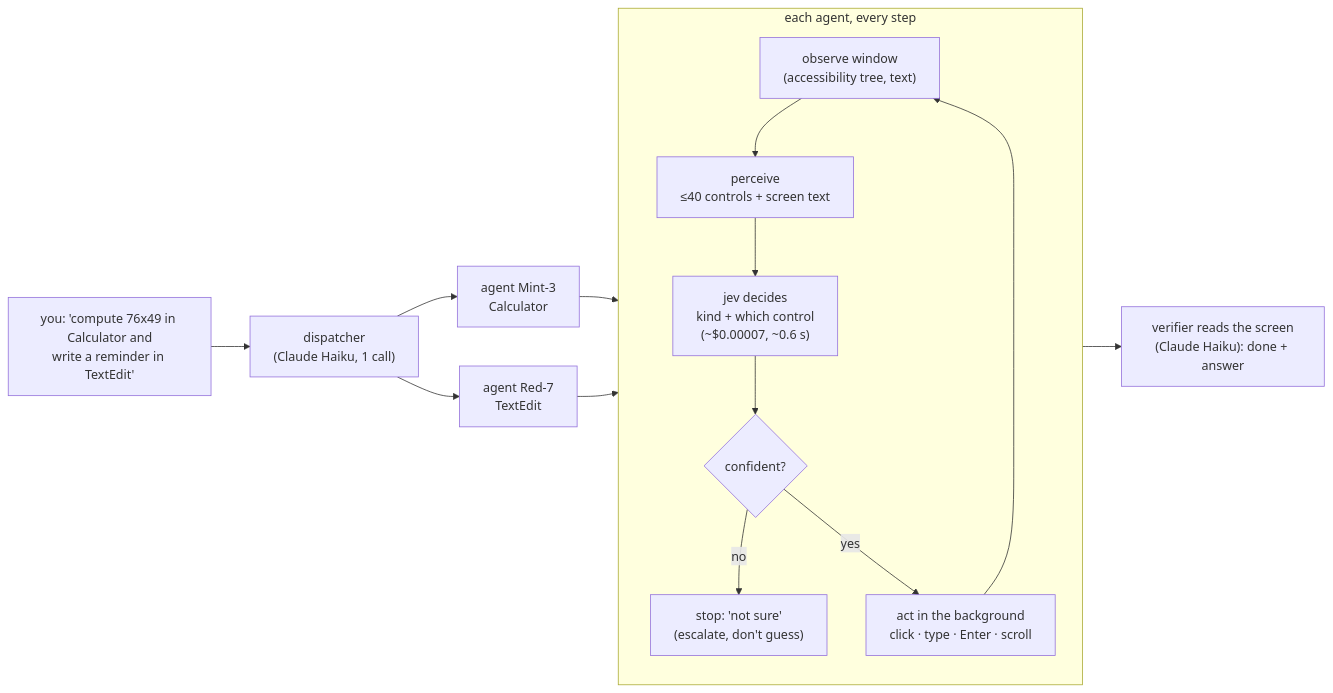
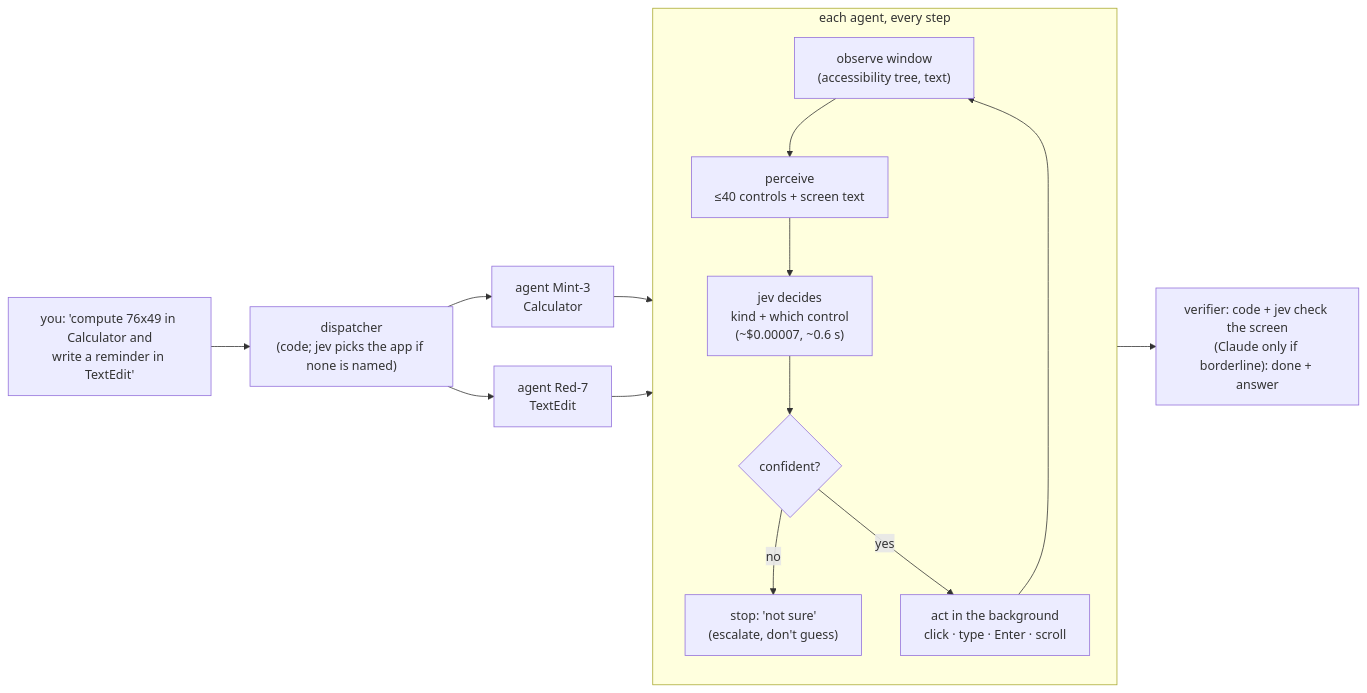
The diagram in mac/README.md (Mohit-pjcts/HackU), drawn with Mermaid before and after one commit. The commit also changed other lines of this file and 77 other files, not shown here.

First line of the commit message:
Prepare for submission: architecture docs, remove archived prototypes

````diff
--- a/mac/README.md
+++ b/mac/README.md
@@ -14,16 +14,16 @@
 ```mermaid
 flowchart LR
-    U["you: 'compute 76x49 in Calculator and<br/>write a reminder in TextEdit'"] --> D["dispatcher<br/>(Claude Haiku, 1 call)"]
+    U["you: 'compute 76x49 in Calculator and<br/>write a reminder in TextEdit'"] --> D["dispatcher<br/>(code; jev picks the app if none is named)"]
     D --> H1["agent Mint-3<br/>Calculator"]
     D --> H2["agent Red-7<br/>TextEdit"]
     subgraph LOOP["each agent, every step"]
         O["observe window<br/>(accessibility tree, text)"] --> P["perceive<br/>≤40 controls + screen text"]
         P --> J["jev decides<br/>kind + which control<br/>(~$0.00007, ~0.6 s)"]
         J --> G{"confident?"}
         G -- no --> X["stop: 'not sure'<br/>(escalate, don't guess)"]
         G -- yes --> A["act in the background<br/>click · type · Enter · scroll"]
         A --> O
     end
     H1 & H2 --> LOOP
-    LOOP --> V["verifier reads the screen<br/>(Claude Haiku): done + answer"]
+    LOOP --> V["verifier: code + jev check the screen<br/>(Claude only if borderline): done + answer"]
 ```
````
